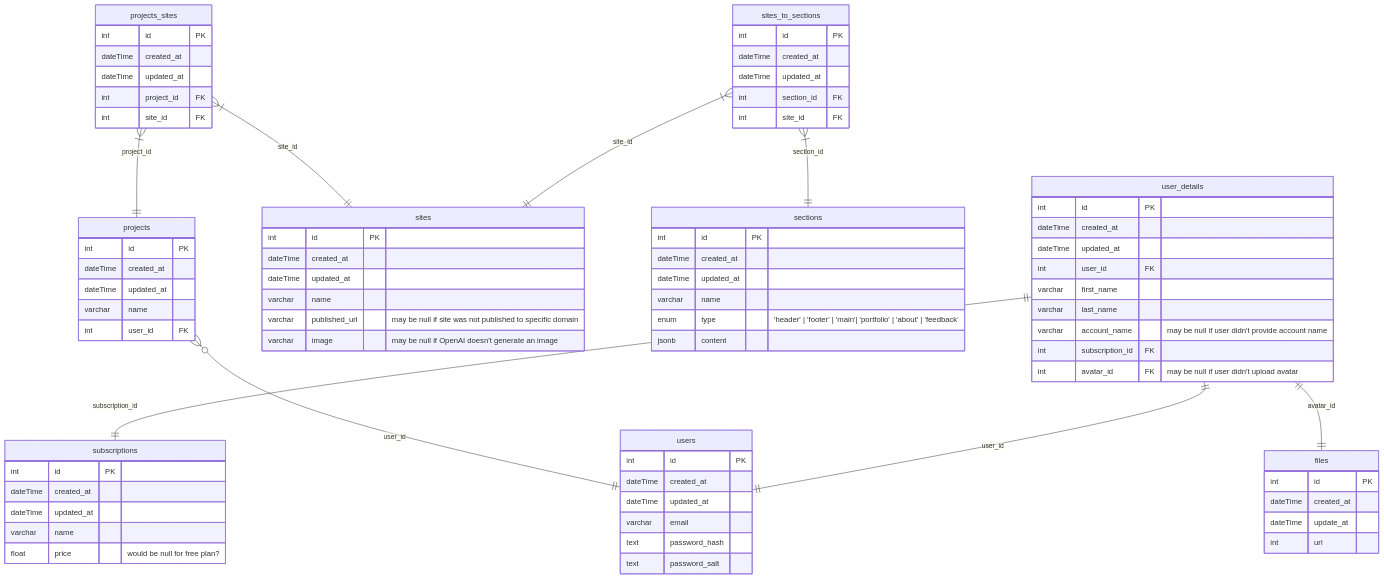
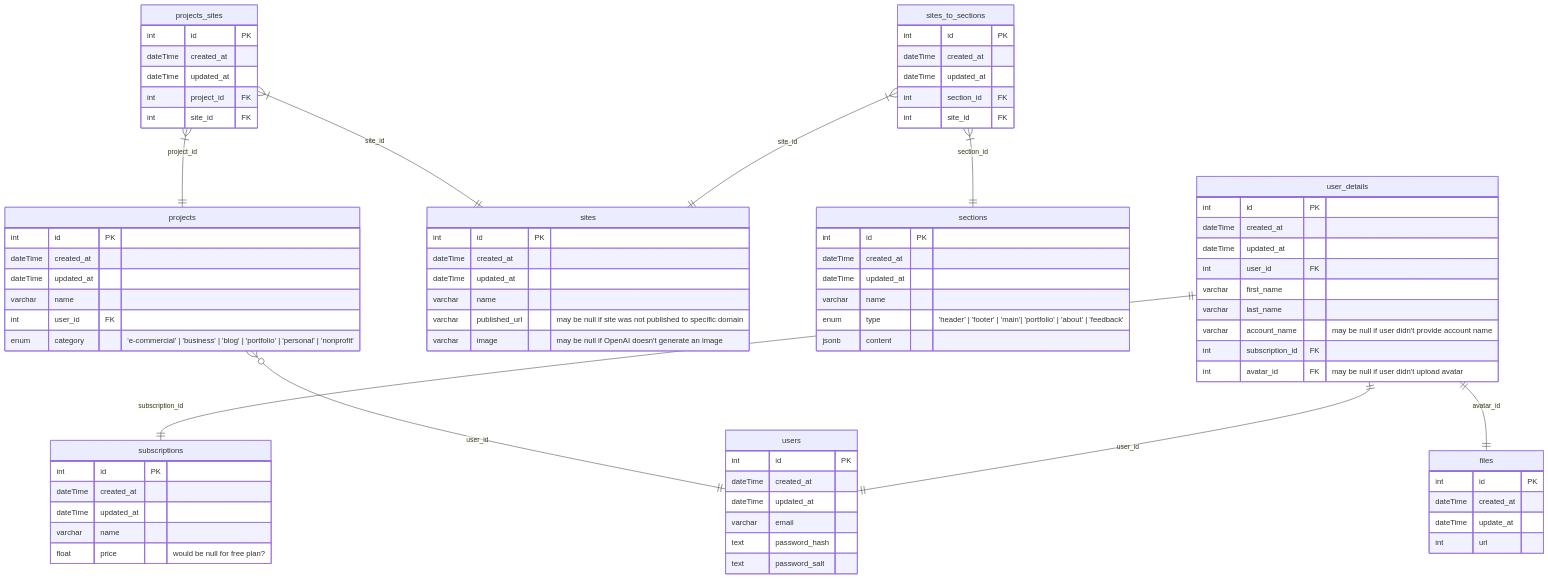
The diagram in readme.md (BinaryStudioAcademy/bsa-winter-2022-2023-simpleland), drawn with Mermaid before and after one commit. The commit also changed 54 other files, not shown here.

```diff
--- a/readme.md
+++ b/readme.md
@@ -103,6 +103,7 @@
     dateTime updated_at
     varchar name
     int user_id FK
+    enum category "'e-commercial' | 'business' | 'blog' | 'portfolio' | 'personal' | 'nonprofit'"
   }
 
   projects_sites }|--|| projects : project_id
```
